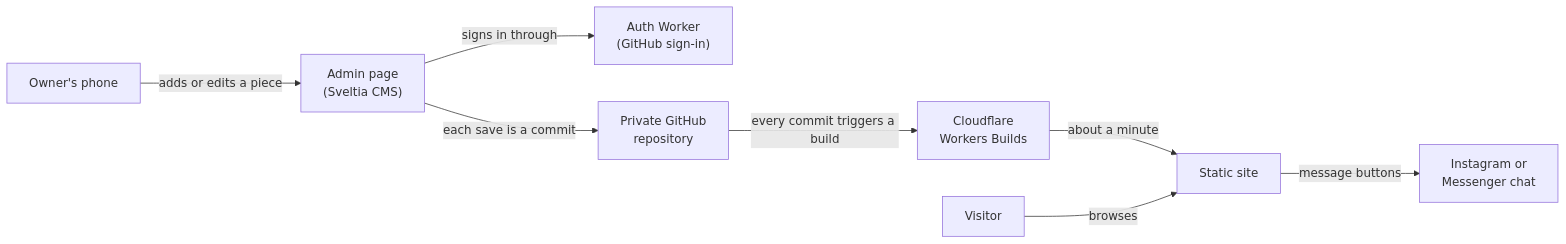
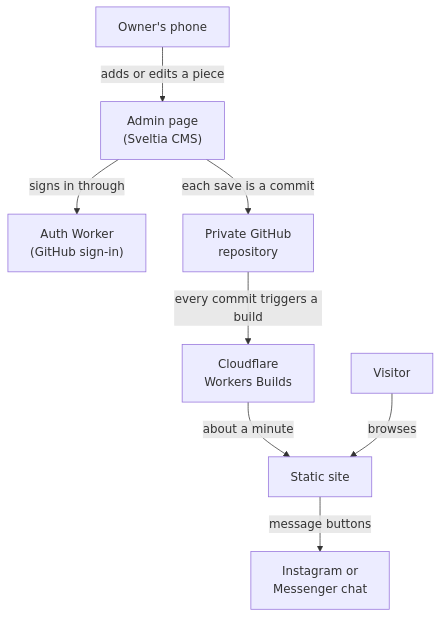
One commit to gilbert-lee-tech/aquamarine-jewelry-store-showcase changed the diagram in JOURNEY.md. Above: the diagram before and after it, drawn with Mermaid.

Commit message:
Journey: draw the architecture diagram top-down so it stays readable

````diff
--- a/JOURNEY.md
+++ b/JOURNEY.md
@@ -45,10 +45,10 @@
 ```mermaid
-flowchart LR
+flowchart TD
     owner["Owner's phone"] -->|adds or edits a piece| admin["Admin page<br/>(Sveltia CMS)"]
     admin -->|signs in through| auth["Auth Worker<br/>(GitHub sign-in)"]
     admin -->|each save is a commit| repo["Private GitHub<br/>repository"]
     repo -->|every commit triggers a build| build["Cloudflare<br/>Workers Builds"]
     build -->|about a minute| site["Static site"]
     visitor["Visitor"] -->|browses| site
     site -->|message buttons| chat["Instagram or<br/>Messenger chat"]
 ```
````
